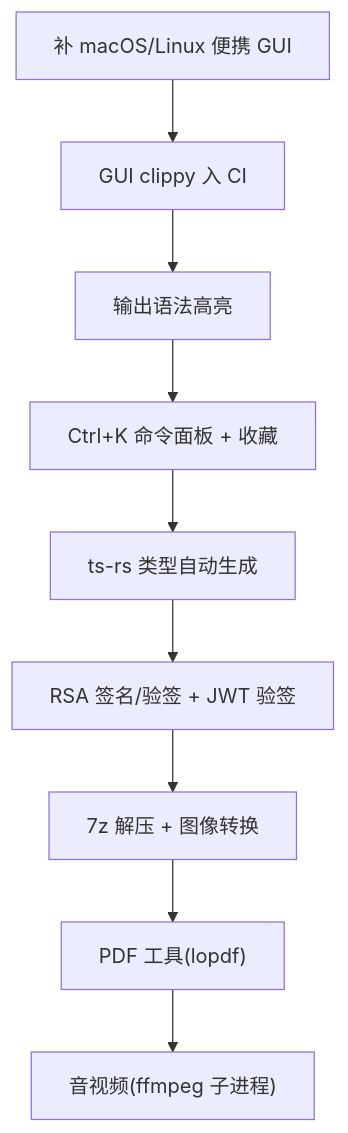
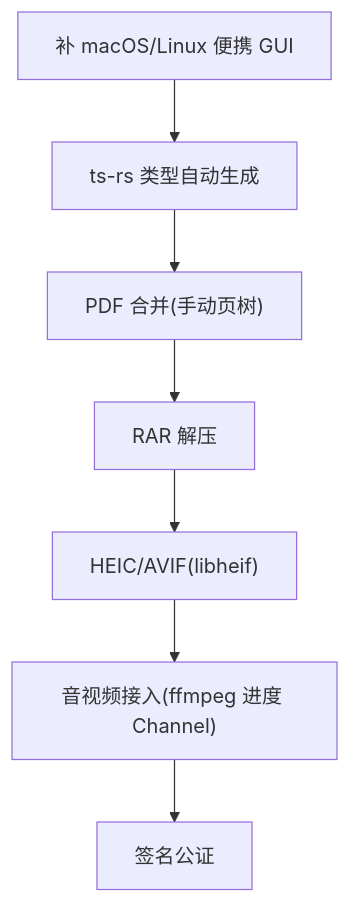
Before and after one commit to int2t05/NexToolkit: the second of 2 diagrams in docs/todo.md, drawn with Mermaid. The commit also changed other lines of this file and 29 other files, not shown here.

````diff
--- a/docs/todo.md
+++ b/docs/todo.md
@@ -82,11 +85,9 @@
 ```mermaid
 flowchart TD
-  A["补 macOS/Linux 便携 GUI"] --> B["GUI clippy 入 CI"]
-  B --> C["输出语法高亮"]
-  C --> D["Ctrl+K 命令面板 + 收藏"]
-  D --> E["ts-rs 类型自动生成"]
-  E --> F["RSA 签名/验签 + JWT 验签"]
-  F --> G["7z 解压 + 图像转换"]
-  G --> H["PDF 工具(lopdf)"]
-  H --> I["音视频(ffmpeg 子进程)"]
+  A["补 macOS/Linux 便携 GUI"] --> B["ts-rs 类型自动生成"]
+  B --> C["PDF 合并(手动页树)"]
+  C --> D["RAR 解压"]
+  D --> E["HEIC/AVIF(libheif)"]
+  E --> F["音视频接入(ffmpeg 进度 Channel)"]
+  F --> G["签名公证"]
 ```
````
